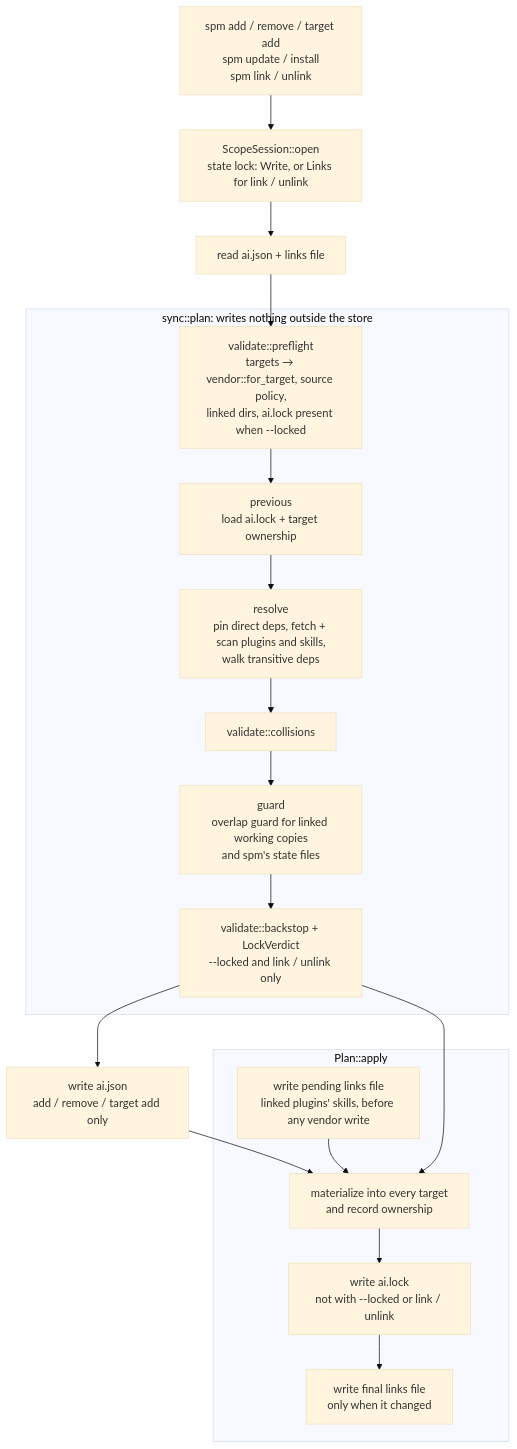
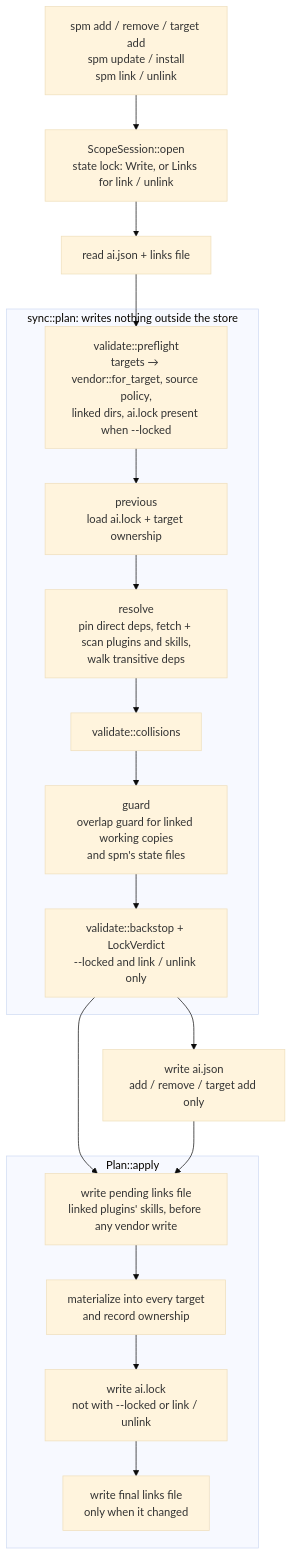
Before and after one commit to camunda/spm-cli: the second of 3 diagrams in docs/guide/architecture.md, drawn with Mermaid (base theme). The commit also changed 1 other file, not shown here.

Commit message:
fix(arch): require one leading diagram header and route the flow through pending

````diff
--- a/docs/guide/architecture.md
+++ b/docs/guide/architecture.md
@@ -136,28 +136,28 @@
 ```mermaid
 flowchart TD
   cmd["spm add / remove / target add<br/>spm update / install<br/>spm link / unlink"]
   open["ScopeSession::open<br/>state lock: Write, or Links for link / unlink"]
   read["read ai.json + links file"]
   cmd --> open --> read --> preflight
 
   subgraph plan ["sync::plan: writes nothing outside the store"]
     preflight["validate::preflight<br/>targets → vendor::for_target, source policy,<br/>linked dirs, ai.lock present when --locked"]
     previous["previous<br/>load ai.lock + target ownership"]
     resolve["resolve<br/>pin direct deps, fetch + scan plugins and skills,<br/>walk transitive deps"]
     collisions["validate::collisions"]
     guard["guard<br/>overlap guard for linked working copies<br/>and spm's state files"]
     verdict["validate::backstop + LockVerdict<br/>--locked and link / unlink only"]
     preflight --> previous --> resolve --> collisions --> guard --> verdict
   end
 
   verdict --> manifest["write ai.json<br/>add / remove / target add only"]
-  verdict --> apply
-  manifest --> apply
+  verdict --> pending
+  manifest --> pending
   subgraph applyphase ["Plan::apply"]
     pending["write pending links file<br/>linked plugins' skills, before any vendor write"]
     apply["materialize into every target<br/>and record ownership"]
     lock["write ai.lock<br/>not with --locked or link / unlink"]
     links["write final links file<br/>only when it changed"]
     pending --> apply --> lock --> links
   end
 ```
````
